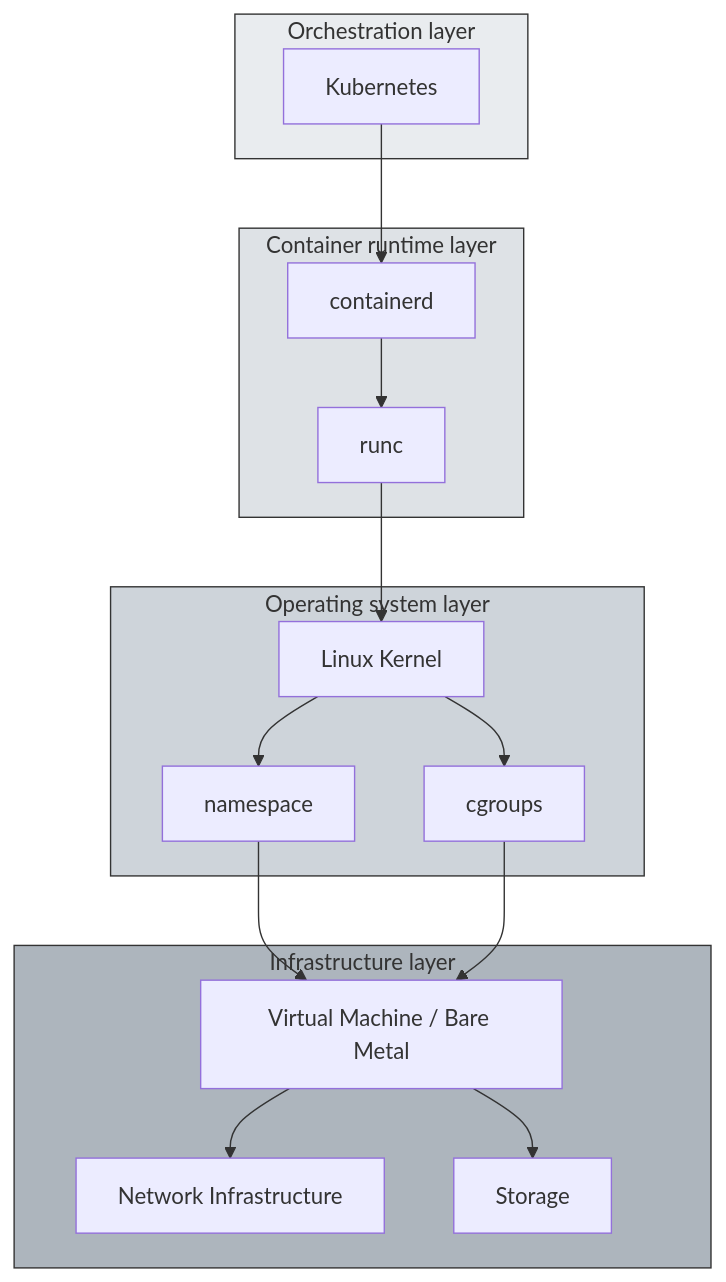
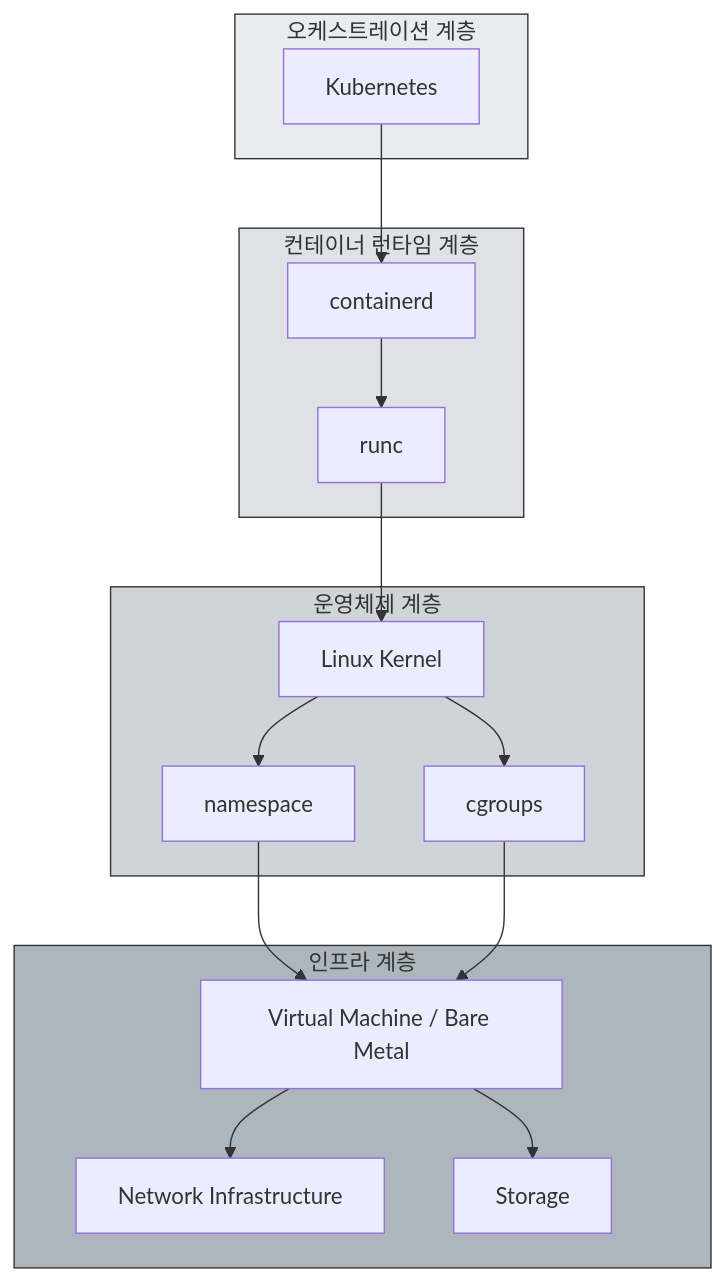
Before and after one commit to doxxx93/doxxx.dev: the first of 9 diagrams in i18n/en/docusaurus-plugin-content-blog/2026-01-05/the-weight-of-kubernetes-installation.md, drawn with Mermaid. The commit also changed other lines of this file and 4 other files, not shown here.

````diff
--- a/i18n/en/docusaurus-plugin-content-blog/2026-01-05/the-weight-of-kubernetes-installation.md
+++ b/i18n/en/docusaurus-plugin-content-blog/2026-01-05/the-weight-of-kubernetes-installation.md
@@ -31,38 +31,38 @@
 ```mermaid
 graph TB
-    subgraph Orchestration["Orchestration layer"]
+    subgraph Orchestration["오케스트레이션 계층"]
         K8s[Kubernetes]
     end
 
-    subgraph Runtime["Container runtime layer"]
+    subgraph Runtime["컨테이너 런타임 계층"]
         containerd
         runc
     end
 
-    subgraph OS["Operating system layer"]
+    subgraph OS["운영체제 계층"]
         Linux["Linux Kernel"]
         NS["namespace"]
         CG["cgroups"]
     end
 
-    subgraph Infra["Infrastructure layer"]
+    subgraph Infra["인프라 계층"]
         VM["Virtual Machine / Bare Metal"]
         Network["Network Infrastructure"]
         Storage["Storage"]
     end
 
     K8s --> containerd
     containerd --> runc
     runc --> Linux
     Linux --> NS
     Linux --> CG
     NS --> VM
     CG --> VM
     VM --> Network
     VM --> Storage
 
     style Orchestration fill:#e9ecef,stroke:#333
     style Runtime fill:#dee2e6,stroke:#333
     style OS fill:#ced4da,stroke:#333
     style Infra fill:#adb5bd,stroke:#333
 ```
````
